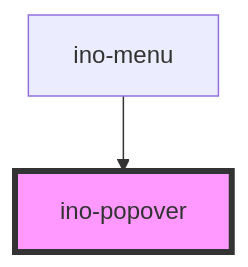
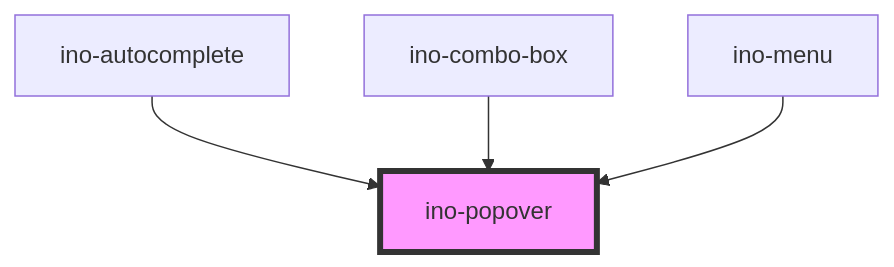
Before and after one commit to inovex/elements: the diagram in packages/elements/src/components/ino-popover/readme.md, drawn with Mermaid. The commit also changed other lines of this file and 12 other files, not shown here.

Commit message:
refactor: rename component to `ino-autocomplete`

````diff
--- a/packages/elements/src/components/ino-popover/readme.md
+++ b/packages/elements/src/components/ino-popover/readme.md
@@ -251,5 +253,7 @@
 ```mermaid
 graph TD;
+  ino-autocomplete --> ino-popover
+  ino-combo-box --> ino-popover
   ino-menu --> ino-popover
   style ino-popover fill:#f9f,stroke:#333,stroke-width:4px
 ```
````
